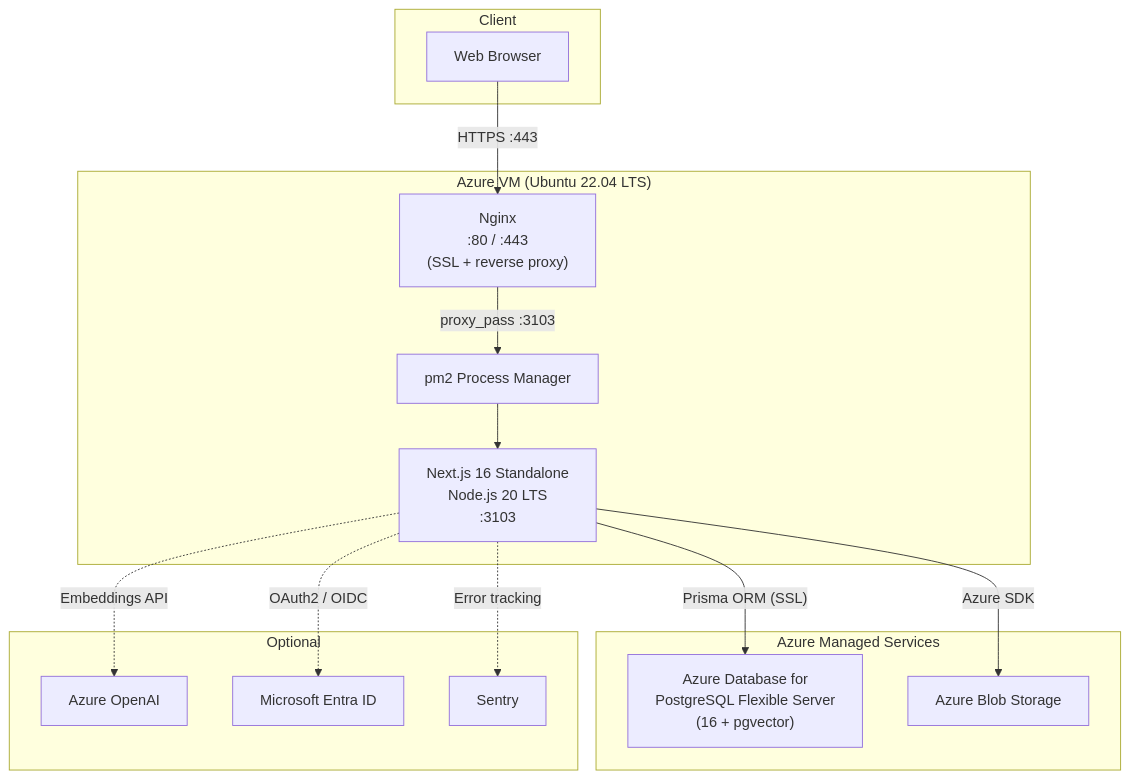
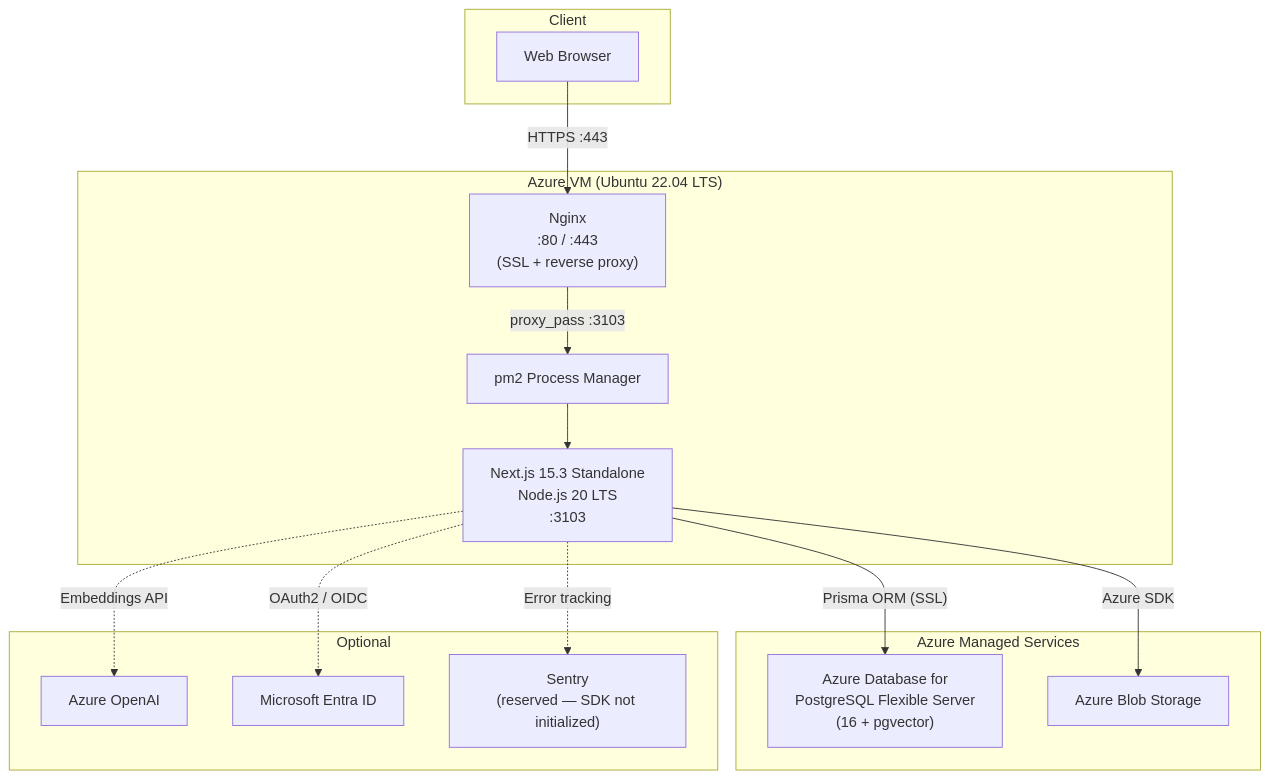
One commit to RoshanJ20/podcasthub changed the diagram in docs/deployment-guide.md. Above: the diagram before and after it, drawn with Mermaid. The commit also changed other lines of this file and 51 other files, not shown here.

First line of the commit message:
docs: refresh top-level docs, CLAUDE/AGENTS rules, architecture diagrams, and changelog

````diff
--- a/docs/deployment-guide.md
+++ b/docs/deployment-guide.md
@@ -67,32 +67,32 @@
 ```mermaid
 graph TB
     subgraph "Client"
         Browser["Web Browser"]
     end
 
     subgraph "Azure VM (Ubuntu 22.04 LTS)"
         Nginx["Nginx<br/>:80 / :443<br/>(SSL + reverse proxy)"]
         PM2["pm2 Process Manager"]
-        NextJS["Next.js 16 Standalone<br/>Node.js 20 LTS<br/>:3103"]
+        NextJS["Next.js 15.3 Standalone<br/>Node.js 20 LTS<br/>:3103"]
     end
 
     subgraph "Azure Managed Services"
         PostgreSQL["Azure Database for<br/>PostgreSQL Flexible Server<br/>(16 + pgvector)"]
         Blob["Azure Blob Storage"]
     end
 
     subgraph "Optional"
         OpenAI["Azure OpenAI"]
         Entra["Microsoft Entra ID"]
-        Sentry["Sentry"]
+        Sentry["Sentry<br/>(reserved — SDK not initialized)"]
     end
 
     Browser -->|"HTTPS :443"| Nginx
     Nginx -->|"proxy_pass :3103"| PM2
     PM2 --> NextJS
     NextJS -->|"Prisma ORM (SSL)"| PostgreSQL
     NextJS -->|"Azure SDK"| Blob
     NextJS -.->|"Embeddings API"| OpenAI
     NextJS -.->|"OAuth2 / OIDC"| Entra
     NextJS -.->|"Error tracking"| Sentry
 ```
````
